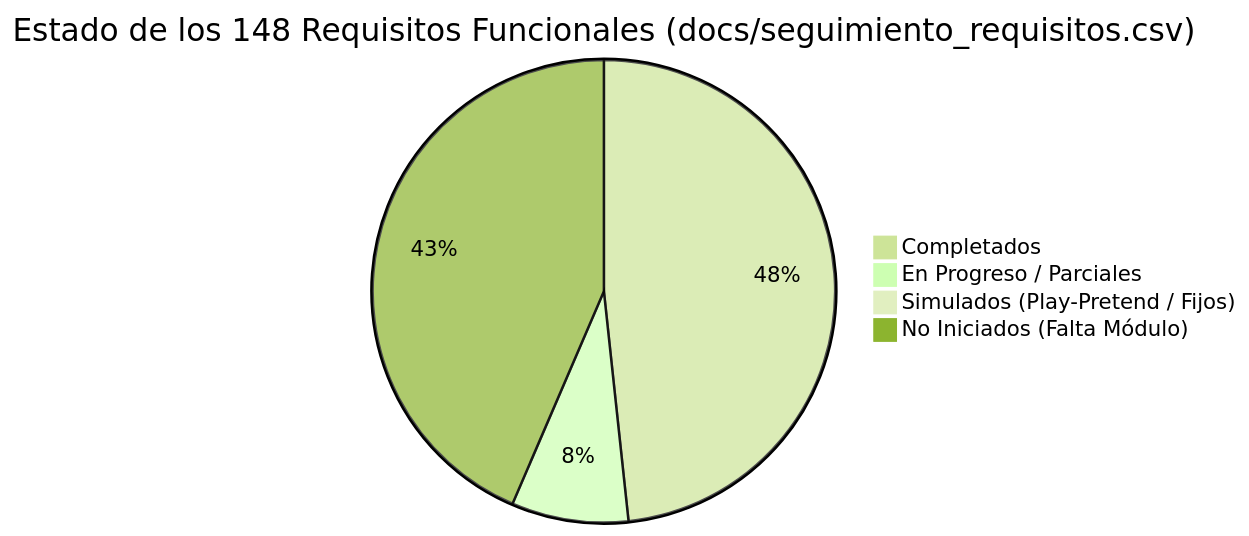
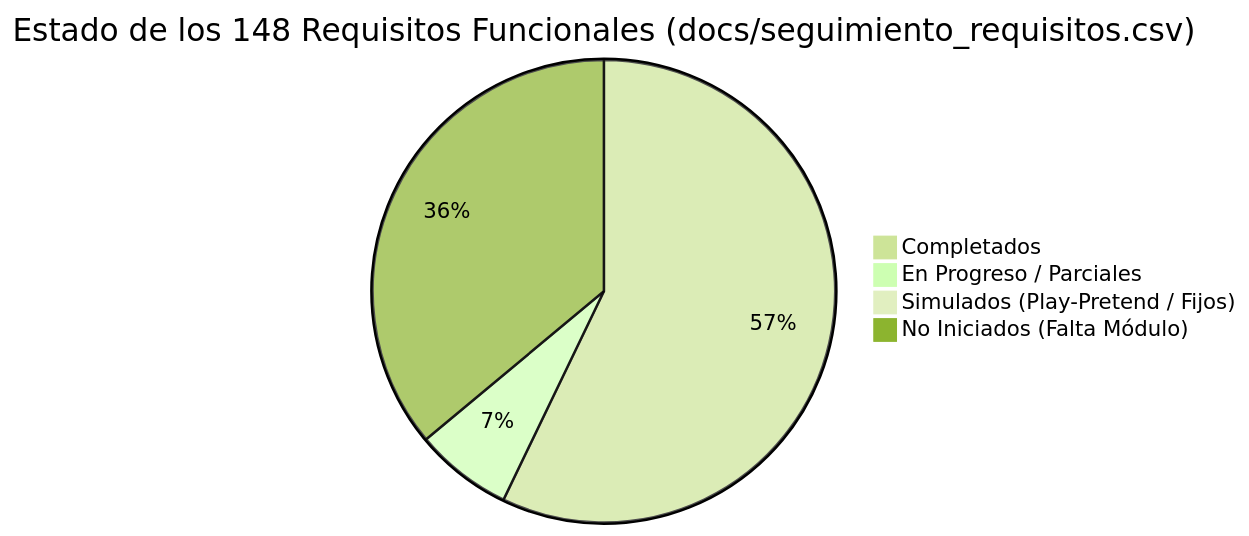
One commit to MatthewR54/Vivero changed the first of 2 diagrams in ROADMAP.md. Above: the diagram before and after it, drawn with Mermaid (forest theme). The commit also changed other lines of this file and 14 other files, not shown here.

````diff
--- a/ROADMAP.md
+++ b/ROADMAP.md
@@ -11,7 +11,7 @@
 ```mermaid
 pie title Estado de los 148 Requisitos Funcionales (docs/seguimiento_requisitos.csv)
-    "Completados" : 71
-    "En Progreso / Parciales" : 12
+    "Completados" : 84
+    "En Progreso / Parciales" : 10
     "Simulados (Play-Pretend / Fijos)" : 1
-    "No Iniciados (Falta Módulo)" : 64
+    "No Iniciados (Falta Módulo)" : 53
 ```
````
